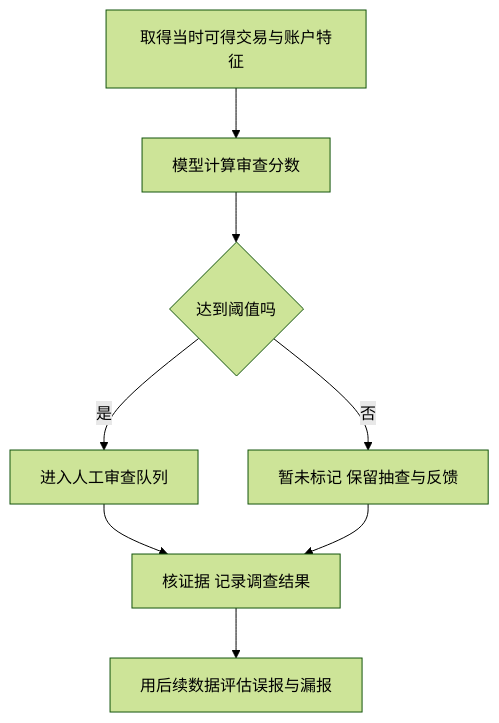
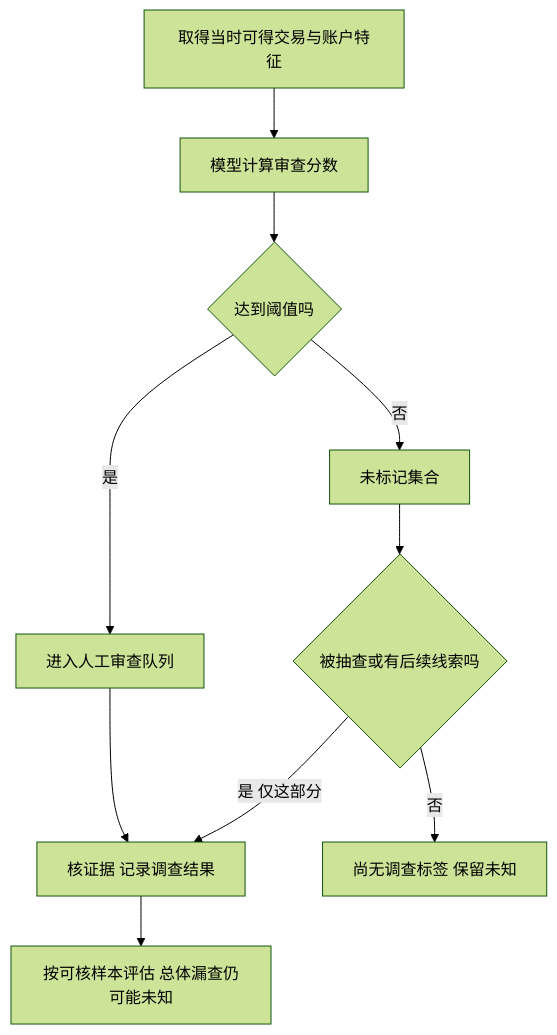
Before and after one commit to CercaTrovato/cityu-ai-course-notes: the seventh of 9 diagrams in EF5560_Fintech_and_AI_in_Finance/notes/M07-比特币以太坊与加密金融商业模式.md, drawn with Mermaid (forest theme). The commit also changed other lines of this file and 65 other files, not shown here.

````diff
--- a/EF5560_Fintech_and_AI_in_Finance/notes/M07-比特币以太坊与加密金融商业模式.md
+++ b/EF5560_Fintech_and_AI_in_Finance/notes/M07-比特币以太坊与加密金融商业模式.md
@@ -1781,10 +1925,12 @@
 ```mermaid
 flowchart TD
  A[取得当时可得交易与账户特征] --> B[模型计算审查分数]
  B --> C{达到阈值吗}
  C -->|是| D[进入人工审查队列]
- C -->|否| E[暂未标记 保留抽查与反馈]
+ C -->|否| E[未标记集合]
  D --> F[核证据 记录调查结果]
- E --> F
- F --> G[用后续数据评估误报与漏报]
+ E --> S{被抽查或有后续线索吗}
+ S -->|是 仅这部分| F
+ S -->|否| U[尚无调查标签 保留未知]
+ F --> G[按可核样本评估 总体漏查仍可能未知]
 ```
````
